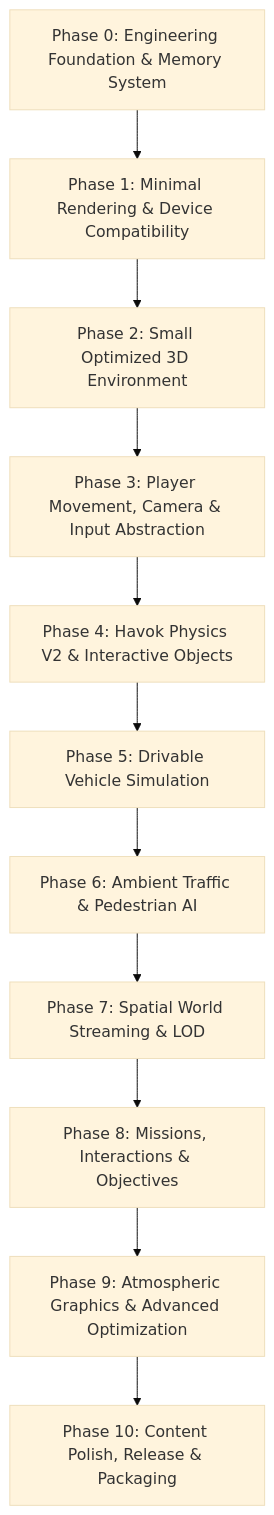
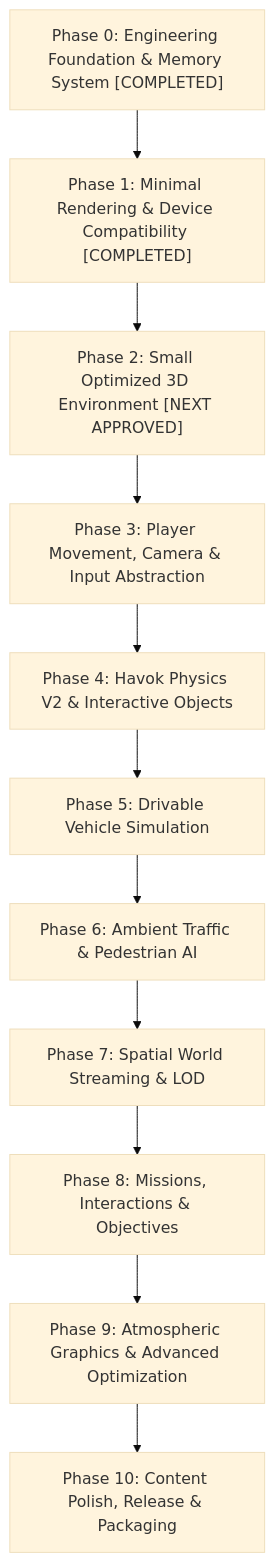
One commit to chandanbag1999/vice-city changed the diagram in docs/ROADMAP.md. Above: the diagram before and after it, drawn with Mermaid (base theme). The commit also changed other lines of this file and 19 other files, not shown here.

Commit message:
feat: add minimal Babylon.js rendering foundation

````diff
--- a/docs/ROADMAP.md
+++ b/docs/ROADMAP.md
@@ -14,13 +14,13 @@
 ```mermaid
 flowchart TD
-    P0["Phase 0: Engineering Foundation & Memory System"] --> P1["Phase 1: Minimal Rendering & Device Compatibility"]
-    P1 --> P2["Phase 2: Small Optimized 3D Environment"]
+    P0["Phase 0: Engineering Foundation & Memory System [COMPLETED]"] --> P1["Phase 1: Minimal Rendering & Device Compatibility [COMPLETED]"]
+    P1 --> P2["Phase 2: Small Optimized 3D Environment [NEXT APPROVED]"]
     P2 --> P3["Phase 3: Player Movement, Camera & Input Abstraction"]
     P3 --> P4["Phase 4: Havok Physics V2 & Interactive Objects"]
     P4 --> P5["Phase 5: Drivable Vehicle Simulation"]
     P5 --> P6["Phase 6: Ambient Traffic & Pedestrian AI"]
     P6 --> P7["Phase 7: Spatial World Streaming & LOD"]
     P7 --> P8["Phase 8: Missions, Interactions & Objectives"]
     P8 --> P9["Phase 9: Atmospheric Graphics & Advanced Optimization"]
     P9 --> P10["Phase 10: Content Polish, Release & Packaging"]
 ```
````
